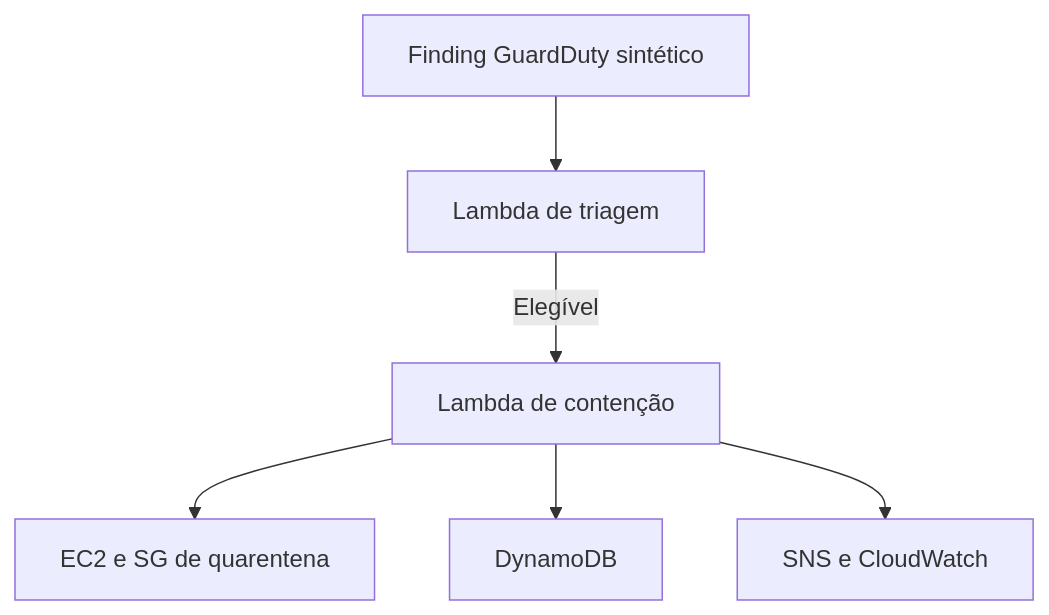
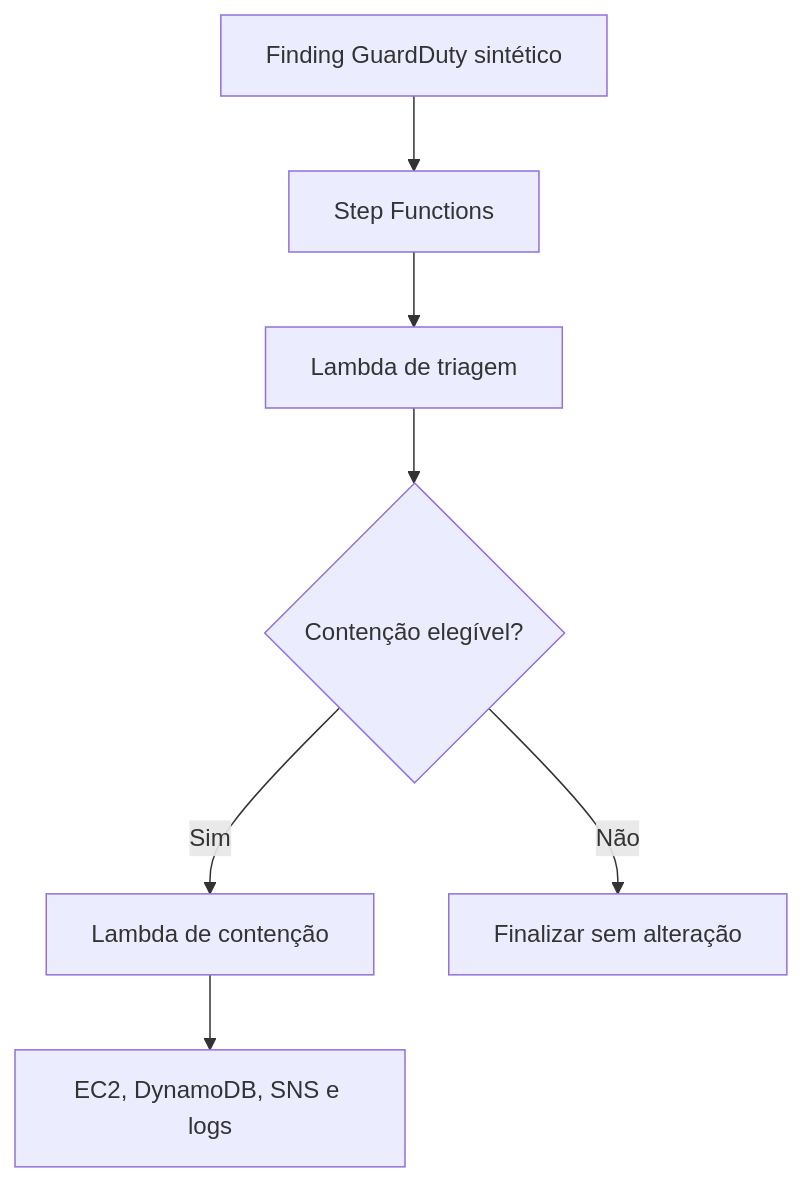
The diagram in README.md (salenrod/aws-cloud-ir-automation-lab), drawn with Mermaid before and after one commit. The commit also changed other lines of this file and 4 other files, not shown here.

Commit message:
feat: add Step Functions incident orchestration

````diff
--- a/README.md
+++ b/README.md
@@ -35,8 +36,9 @@
 ```mermaid
 flowchart TD
-    A["Finding GuardDuty sintético"] --> B["Lambda de triagem"]
-    B -->|Elegível| C["Lambda de contenção"]
-    C --> D["EC2 e SG de quarentena"]
-    C --> E["DynamoDB"]
-    C --> F["SNS e CloudWatch"]
+    A["Finding GuardDuty sintético"] --> B["Step Functions"]
+    B --> C["Lambda de triagem"]
+    C --> D{"Contenção elegível?"}
+    D -->|Sim| E["Lambda de contenção"]
+    D -->|Não| F["Finalizar sem alteração"]
+    E --> G["EC2, DynamoDB, SNS e logs"]
 ```
````
